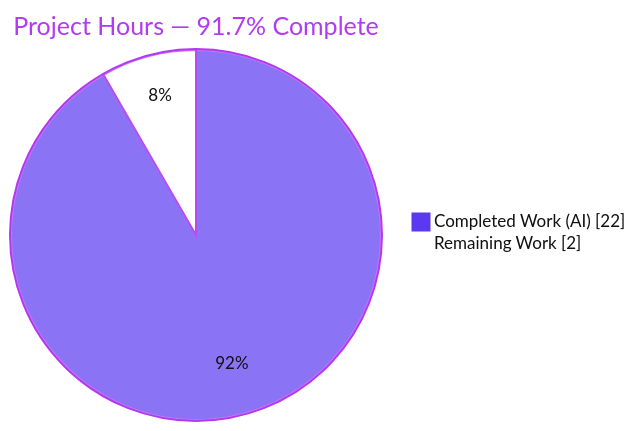
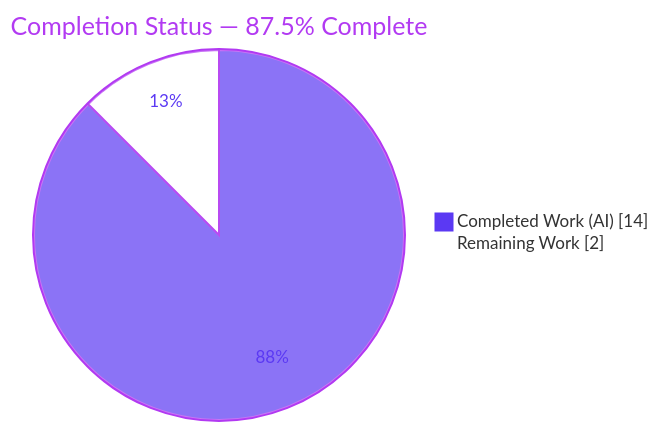
One commit to lakshya-blitzy/march_repo_hello_world changed the first of 3 diagrams in blitzy/documentation/Project Guide.md. Above: the diagram before and after it, drawn with Mermaid. The commit also changed other lines of this file, not shown here.

Commit message:
Adding Blitzy Project Guide: Project Status and Human Tasks Remaining

````diff
--- a/blitzy/documentation/Project Guide.md
+++ b/blitzy/documentation/Project Guide.md
@@ -18,6 +18,6 @@
 ```mermaid
-%%{init: {'theme':'base','themeVariables':{'pie1':'#5B39F3','pie2':'#FFFFFF','pieStrokeColor':'#B23AF2','pieStrokeWidth':'2px','pieOuterStrokeColor':'#B23AF2','pieOuterStrokeWidth':'2px','pieTitleTextColor':'#B23AF2','pieSectionTextColor':'#111111','pieLegendTextColor':'#111111'}}}%%
-pie showData title Project Hours — 91.7% Complete
-    "Completed Work (AI)" : 22
-    "Remaining Work" : 2
+%%{init: {'theme':'base','themeVariables':{'pie1':'#5B39F3','pie2':'#FFFFFF','pieStrokeColor':'#B23AF2','pieOuterStrokeColor':'#B23AF2','pieTitleTextColor':'#B23AF2','pieSectionTextColor':'#5B39F3','pieLegendTextColor':'#333333'}}}%%
+pie showData title Completion Status — 87.5% Complete
+    "Completed Work (AI)" : 14.0
+    "Remaining Work" : 2.0
 ```
````
